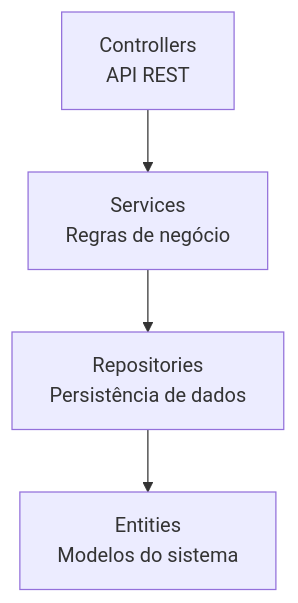
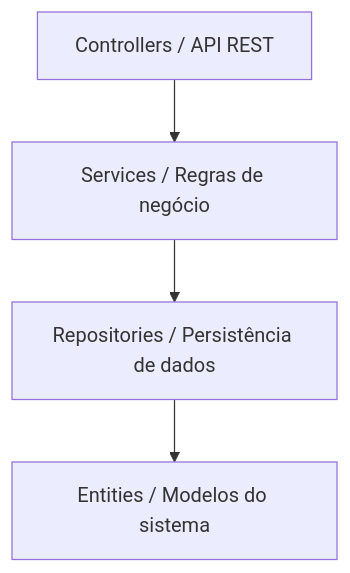
The third of 3 diagrams in README.md (YuriDavid1/Game-Library-Manager---Projeto-Acad-mico), drawn with Mermaid before and after one commit. The commit also changed other lines of this file, not shown here.

````diff
--- a/README.md
+++ b/README.md
@@ -229,15 +229,15 @@
 ```mermaid
 flowchart TB
 
-Controller[Controllers\nAPI REST]
+Controller[Controllers / API REST]
 
-Service[Services\nRegras de negócio]
+Service[Services / Regras de negócio]
 
-Repository[Repositories\nPersistência de dados]
+Repository[Repositories / Persistência de dados]
 
-Entity[Entities\nModelos do sistema]
+Entity[Entities / Modelos do sistema]
 
 Controller --> Service
 Service --> Repository
 Repository --> Entity
 ```
````
